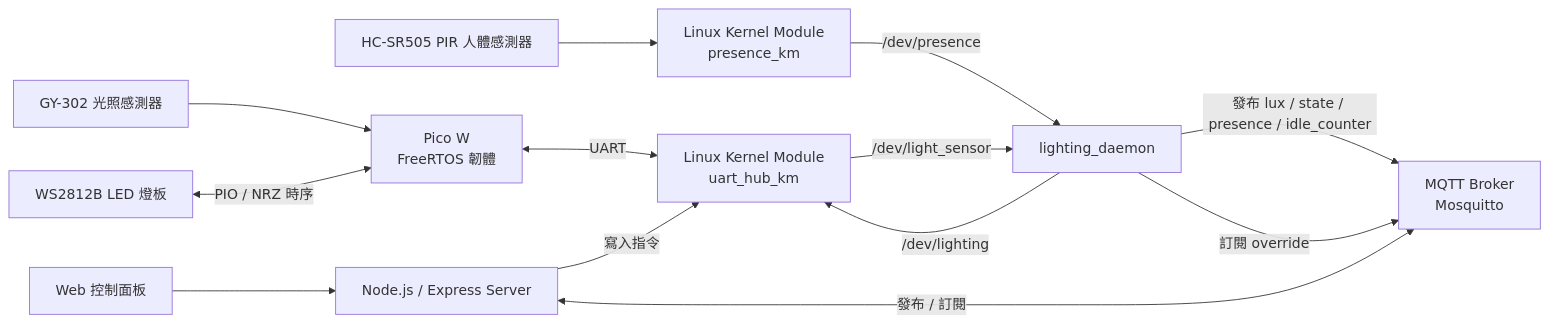
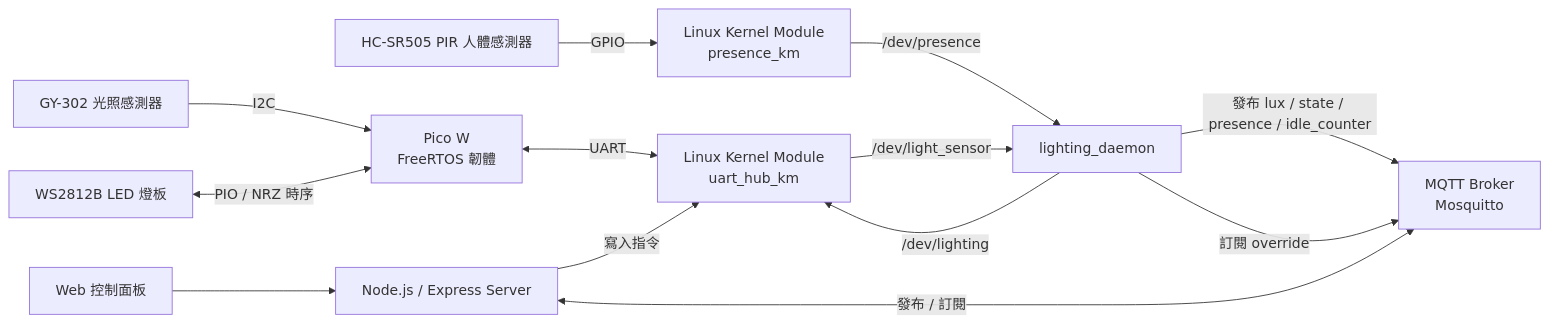
Before and after one commit to Suzanne0611/smart-space-lighting-system: the second of 2 diagrams in README.md, drawn with Mermaid. The commit also changed other lines of this file, not shown here.

Commit message:
docs: add protocol mapping for sensors and LED module

````diff
--- a/README.md
+++ b/README.md
@@ -424,19 +424,19 @@
 ```mermaid
 flowchart LR
-    GY-302[GY-302 光照感測器] --> PicoW[Pico W<br/>FreeRTOS 韌體]
+    GY302[GY-302 光照感測器] -->|I2C| PicoW[Pico W<br/>FreeRTOS 韌體]
     LED[WS2812B LED 燈板] <-->|PIO / NRZ 時序| PicoW
 
-    PIR[HC-SR505 PIR 人體感測器] --> PresenceKM[Linux Kernel Module<br/>presence_km]
+    PIR[HC-SR505 PIR 人體感測器] -->|GPIO| PresenceKM[Linux Kernel Module<br/>presence_km]
     PresenceKM -->|/dev/presence| Daemon[lighting_daemon]
 
     PicoW <-->|UART| UartHub[Linux Kernel Module<br/>uart_hub_km]
     UartHub -->|/dev/light_sensor| Daemon
     Daemon -->|/dev/lighting| UartHub
 
     Daemon -->|發布 lux / state / presence / idle_counter| MQTT[MQTT Broker<br/>Mosquitto]
     Daemon -->|訂閱 override| MQTT
 
     WebUI[Web 控制面板] --> Server[Node.js / Express Server]
     Server <-->|發布 / 訂閱| MQTT
     Server -->|寫入指令| UartHub
 ```
````
